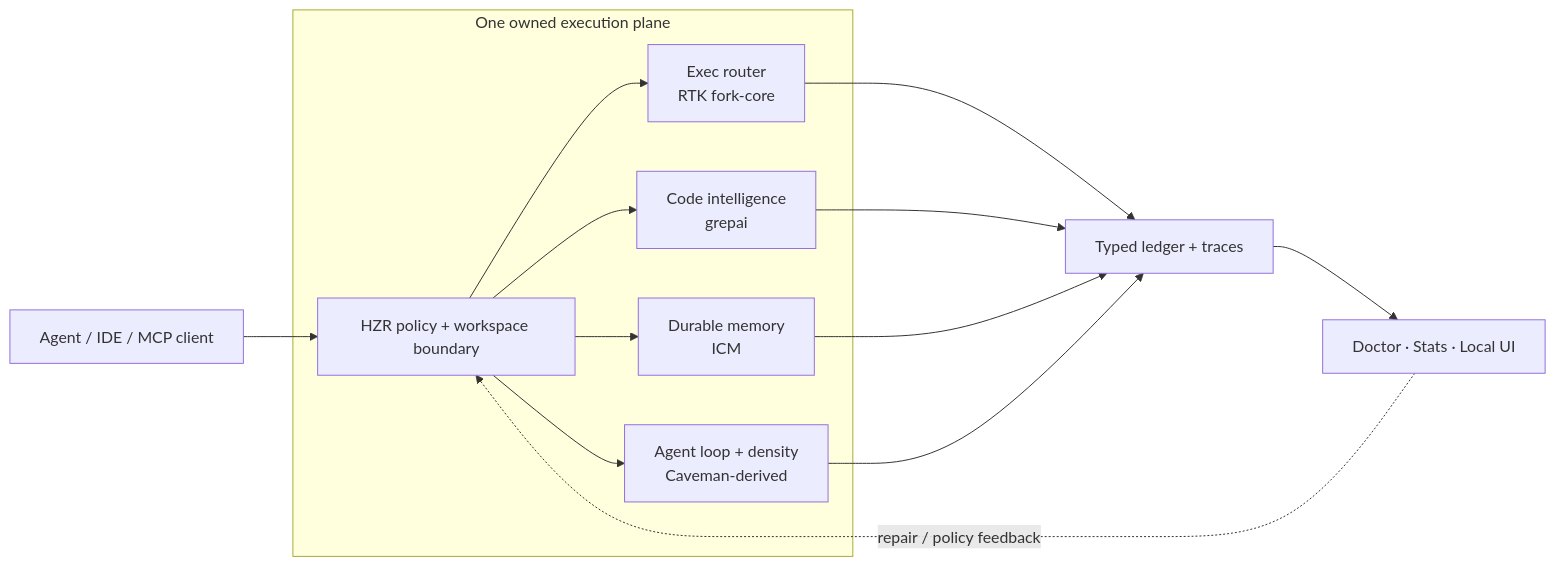
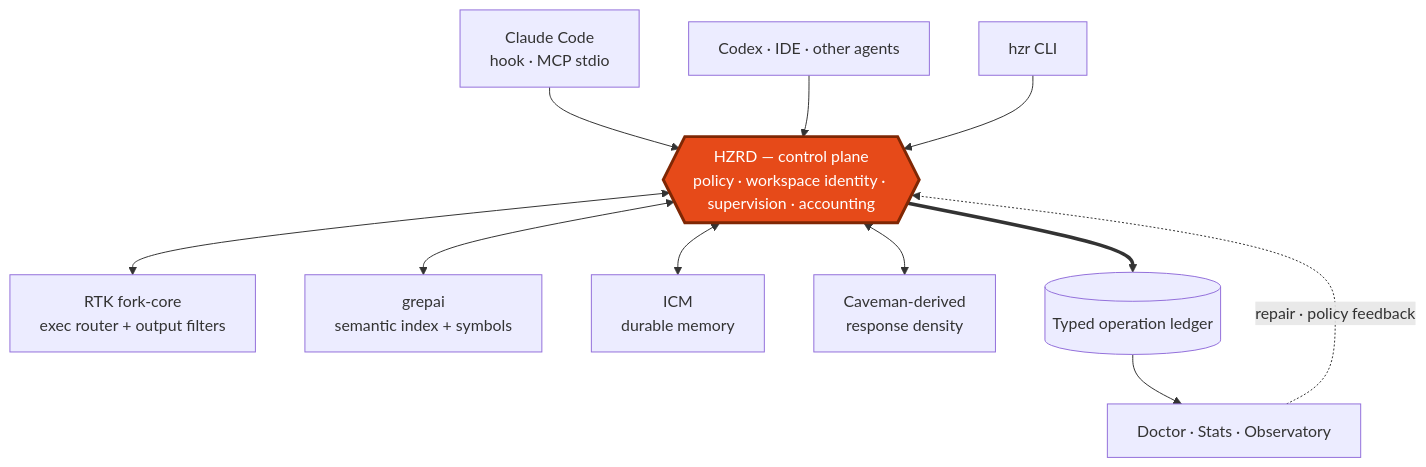
One commit to heAdz0r/hzr changed the diagram in README.md. Above: the diagram before and after it, drawn with Mermaid. The commit also changed other lines of this file and 34 other files, not shown here.

````diff
--- a/README.md
+++ b/README.md
@@ -41,19 +45,23 @@
 ```mermaid
-flowchart LR
-    A["Agent / IDE / MCP client"] --> P["HZR policy + workspace boundary"]
+flowchart TB
+    CC["Claude Code<br/>hook · MCP stdio"]
+    CX["Codex · IDE · other agents"]
+    CLI["hzr CLI"]
 
-    subgraph E["One owned execution plane"]
-      P --> X["Exec router<br/>RTK fork-core"]
-      P --> S["Code intelligence<br/>grepai"]
-      P --> M["Durable memory<br/>ICM"]
-      P --> C["Agent loop + density<br/>Caveman-derived"]
-    end
+    CC --> D
+    CX --> D
+    CLI --> D
 
-    X --> L["Typed ledger + traces"]
-    S --> L
-    M --> L
-    C --> L
+    D{{"HZRD — control plane<br/>policy · workspace identity · supervision · accounting"}}
 
-    L --> O["Doctor · Stats · Local UI"]
-    O -. "repair / policy feedback" .-> P
+    D <--> X["RTK fork-core<br/>exec router + output filters"]
+    D <--> S["grepai<br/>semantic index + symbols"]
+    D <--> M["ICM<br/>durable memory"]
+    D <--> C["Caveman-derived<br/>response density"]
+
+    D ==> L[("Typed operation ledger")]
+    L --> O["Doctor · Stats · Observatory"]
+    O -. "repair · policy feedback" .-> D
+
+    style D fill:#e64a19,stroke:#7f2704,stroke-width:3px,color:#ffffff
 ```
````
